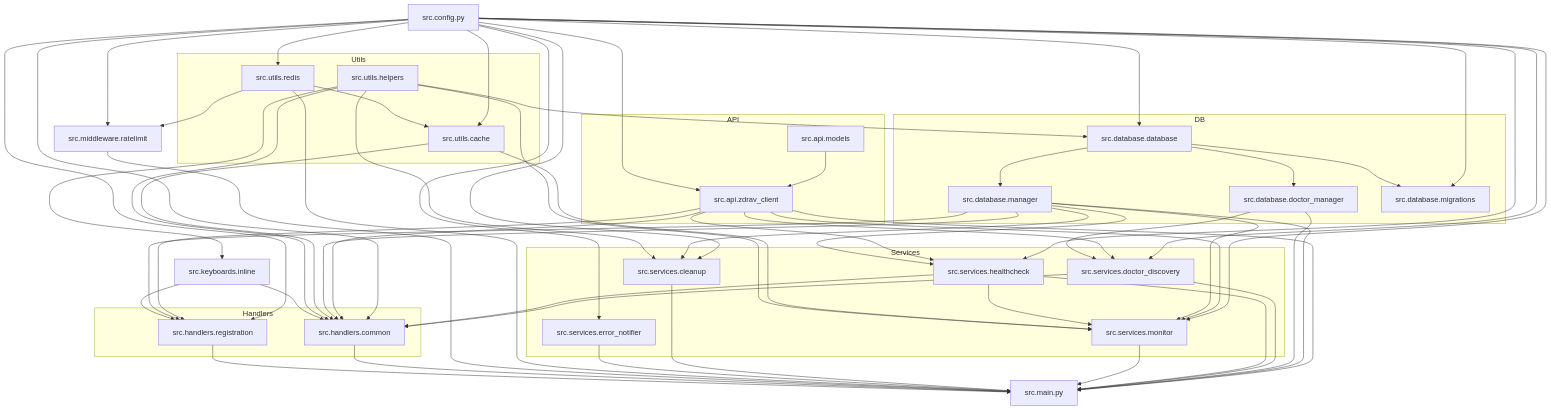
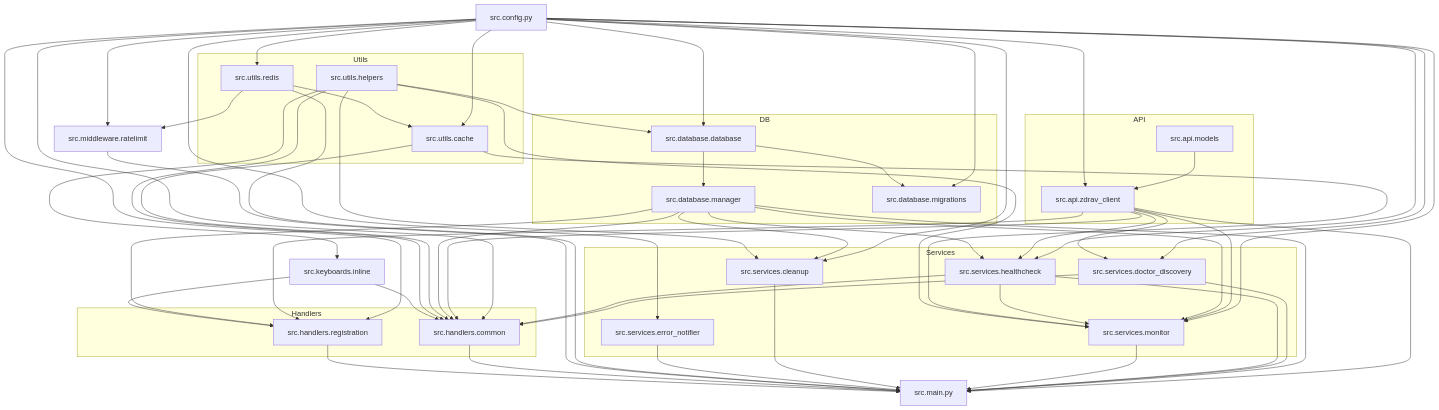
Before and after one commit to acidmsg/lenreg-ticket-bot: the diagram in docs/ARCHITECTURE.md, drawn with Mermaid. The commit also changed other lines of this file and 9 other files, not shown here.

```diff
--- a/docs/ARCHITECTURE.md
+++ b/docs/ARCHITECTURE.md
@@ -124,7 +122,6 @@
     subgraph DB
         DB_CORE[src.database.database]
         DB_MGR[src.database.manager]
-        DB_DOC[src.database.doctor_manager]
         DB_MIG[src.database.migrations]
     end
 
@@ -167,7 +164,6 @@
     CFG --> MW
 
     DB_CORE --> DB_MGR
-    DB_CORE --> DB_DOC
     DB_CORE --> DB_MIG
 
     CLIENT --> H_COMMON
@@ -183,9 +179,6 @@
     DB_MGR --> SVC_HC
     DB_MGR --> SVC_CLN
     DB_MGR --> ENTRY
-
-    DB_DOC --> SVC_DISC
-    DB_DOC --> ENTRY
 
     SVC_DISC --> H_COMMON
     SVC_DISC --> ENTRY
```
